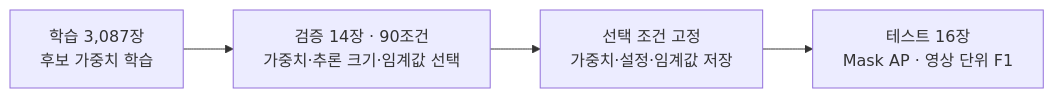
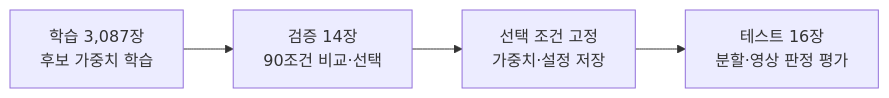
The first of 2 diagrams in README.md (KyunghoCha/DCU_DeepLearningProgramming_UndergroundDefects), drawn with Mermaid before and after one commit. The commit also changed other lines of this file, not shown here.

Commit message:
Improve diagram labels and GitHub math rendering

````diff
--- a/README.md
+++ b/README.md
@@ -20,8 +20,8 @@
 ```mermaid
 flowchart LR
     TRAIN["학습 3,087장<br/>후보 가중치 학습"]
-    VAL["검증 14장 · 90조건<br/>가중치·추론 크기·임계값 선택"]
-    FIX["선택 조건 고정<br/>가중치·설정·임계값 저장"]
-    TEST["테스트 16장<br/>Mask AP · 영상 단위 F1"]
+    VAL["검증 14장<br/>90조건 비교·선택"]
+    FIX["선택 조건 고정<br/>가중치·설정 저장"]
+    TEST["테스트 16장<br/>분할·영상 판정 평가"]
     TRAIN --> VAL --> FIX --> TEST
 ```
````
